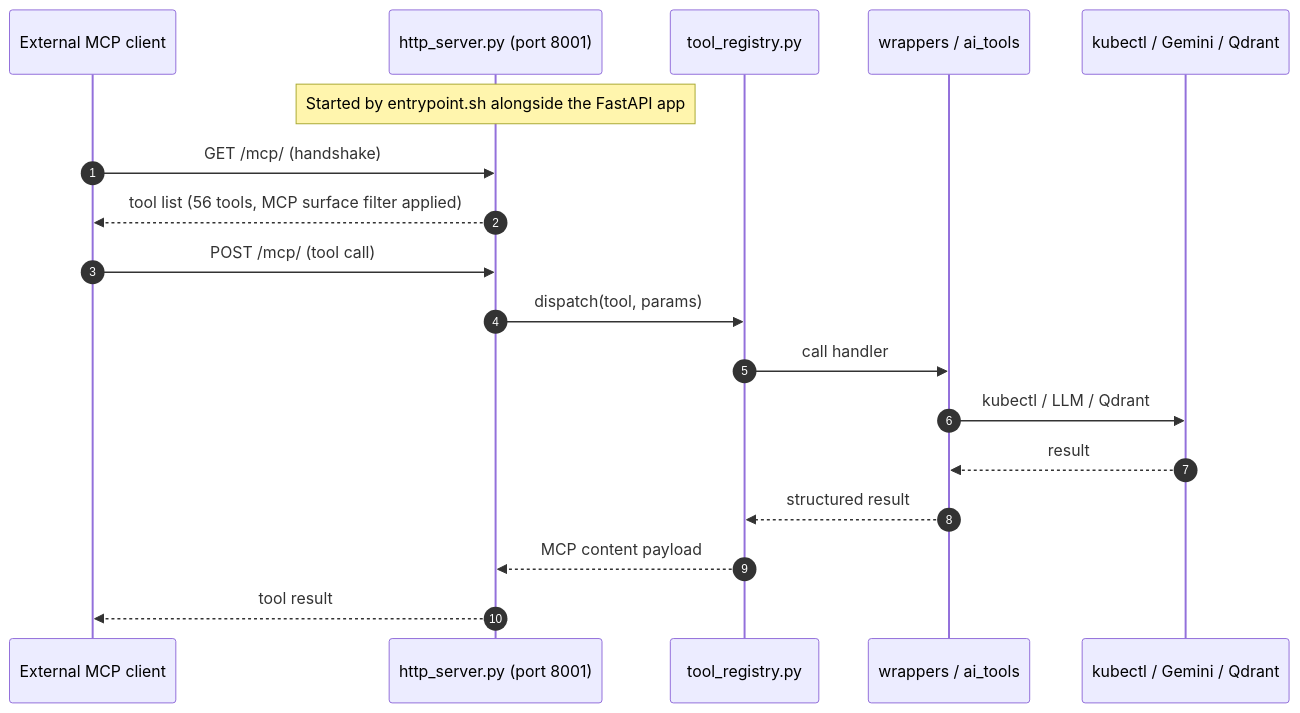
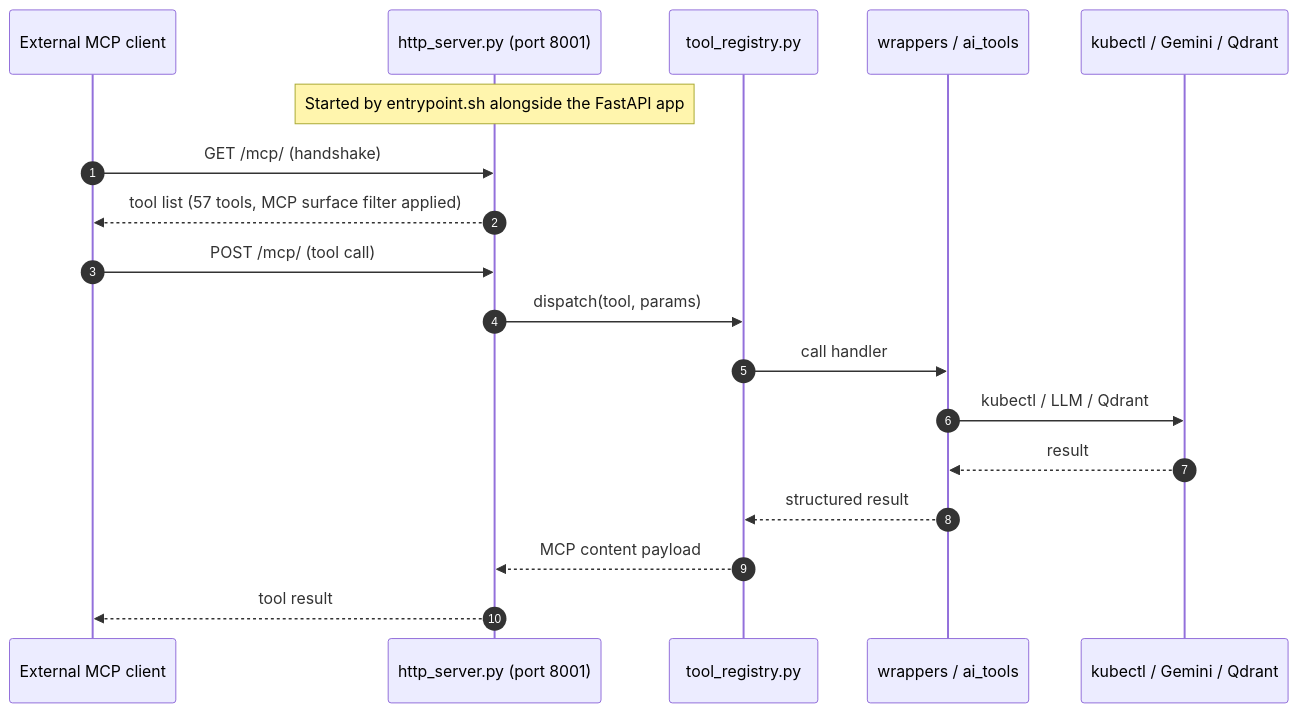
One commit to astraverse-io/KubeAstra changed the fifth of 6 diagrams in docs/ARCHITECTURE_DIAGRAM.md. Above: the diagram before and after it, drawn with Mermaid. The commit also changed other lines of this file and 87 other files, not shown here.

````diff
--- a/docs/ARCHITECTURE_DIAGRAM.md
+++ b/docs/ARCHITECTURE_DIAGRAM.md
@@ -279,21 +279,21 @@
 ```mermaid
 sequenceDiagram
     autonumber
     participant C as External MCP client
     participant H as http_server.py (port 8001)
     participant REG as tool_registry.py
     participant W as wrappers / ai_tools
     participant E as kubectl / Gemini / Qdrant
 
     Note over H: Started by entrypoint.sh alongside the FastAPI app
     C->>H: GET /mcp/ (handshake)
-    H-->>C: tool list (56 tools, MCP surface filter applied)
+    H-->>C: tool list (57 tools, MCP surface filter applied)
     C->>H: POST /mcp/ (tool call)
     H->>REG: dispatch(tool, params)
     REG->>W: call handler
     W->>E: kubectl / LLM / Qdrant
     E-->>W: result
     W-->>REG: structured result
     REG-->>H: MCP content payload
     H-->>C: tool result
 ```
````
